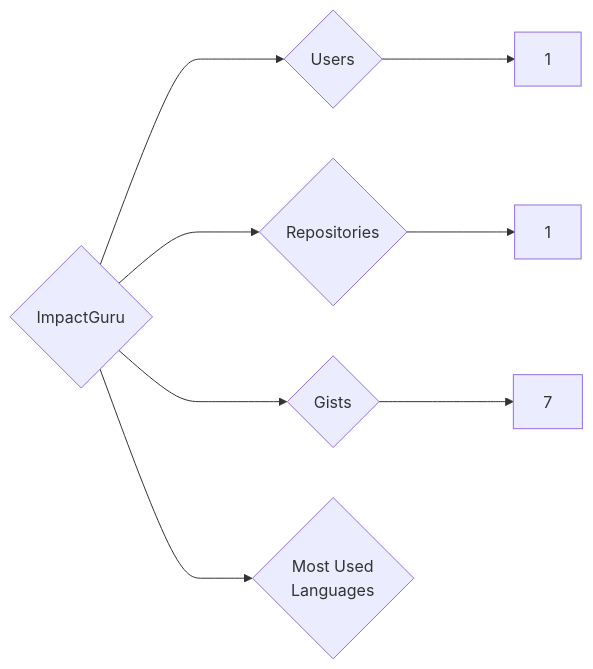
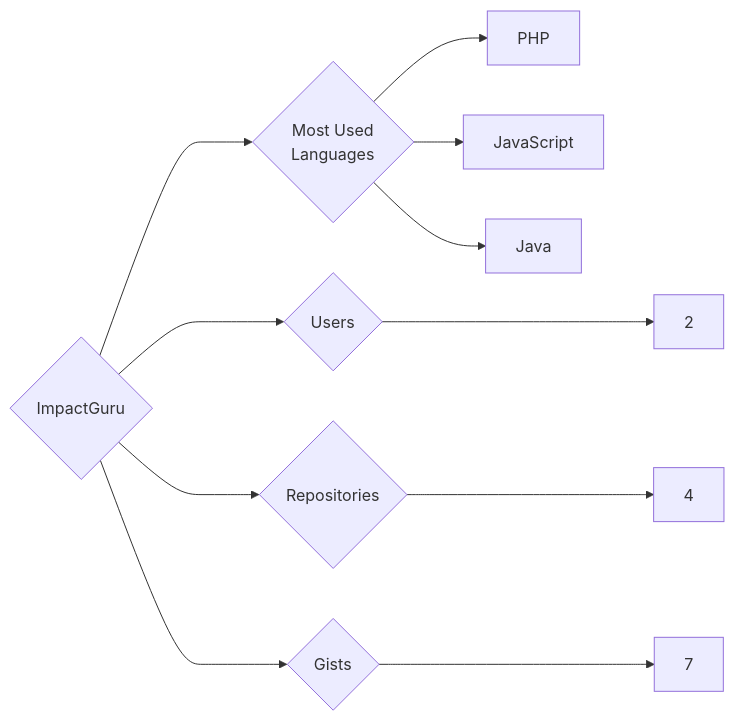
One commit to trickest/insiders changed the diagram in targets/ImpactGuru/README.md. Above: the diagram before and after it, drawn with Mermaid. The commit also changed 988 other files, not shown here.

````diff
--- a/targets/ImpactGuru/README.md
+++ b/targets/ImpactGuru/README.md
@@ -3,8 +3,11 @@
 ```mermaid
 graph LR
 COMPANY_NAME{ImpactGuru}
-COMPANY_NAME ---> U{Users} ---> UN[1]
-COMPANY_NAME ---> R{Repositories} ---> RN[1]
+COMPANY_NAME ---> U{Users} ---> UN[2]
+COMPANY_NAME ---> R{Repositories} ---> RN[4]
 COMPANY_NAME ---> G{Gists} ---> GN[7]
 COMPANY_NAME ---> ML{Most Used<br>Languages}
+ML --> PHP[PHP]
+ML --> JavaScript[JavaScript]
+ML --> Java[Java]
 ```
````
